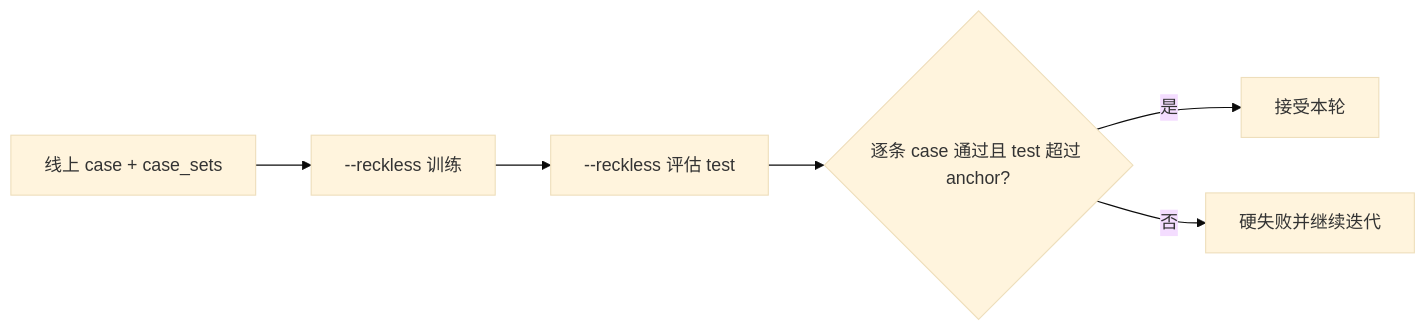
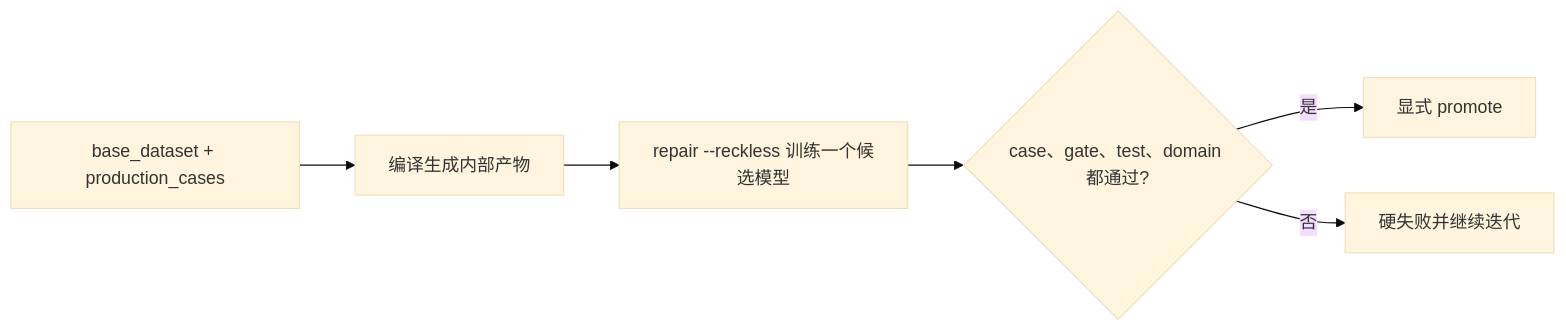
Before and after one commit to ansvver/heuriboost: the second of 2 diagrams in README.zh-CN.md, drawn with Mermaid (base theme). The commit also changed other lines of this file and 19 other files, not shown here.

Commit message:
add production case repair flow

````diff
--- a/README.zh-CN.md
+++ b/README.zh-CN.md
@@ -137,8 +164,8 @@
 ```mermaid
 flowchart LR
-    A["线上 case + case_sets"] --> B["--reckless 训练"]
-    B --> C["--reckless 评估 test"]
-    C --> D{"逐条 case 通过且 test 超过 anchor?"}
-    D -- 是 --> E["接受本轮"]
+    A["base_dataset + production_cases"] --> B["编译生成内部产物"]
+    B --> C["repair --reckless 训练一个候选模型"]
+    C --> D{"case、gate、test、domain 都通过?"}
+    D -- 是 --> E["显式 promote"]
     D -- 否 --> F["硬失败并继续迭代"]
 ```
````
